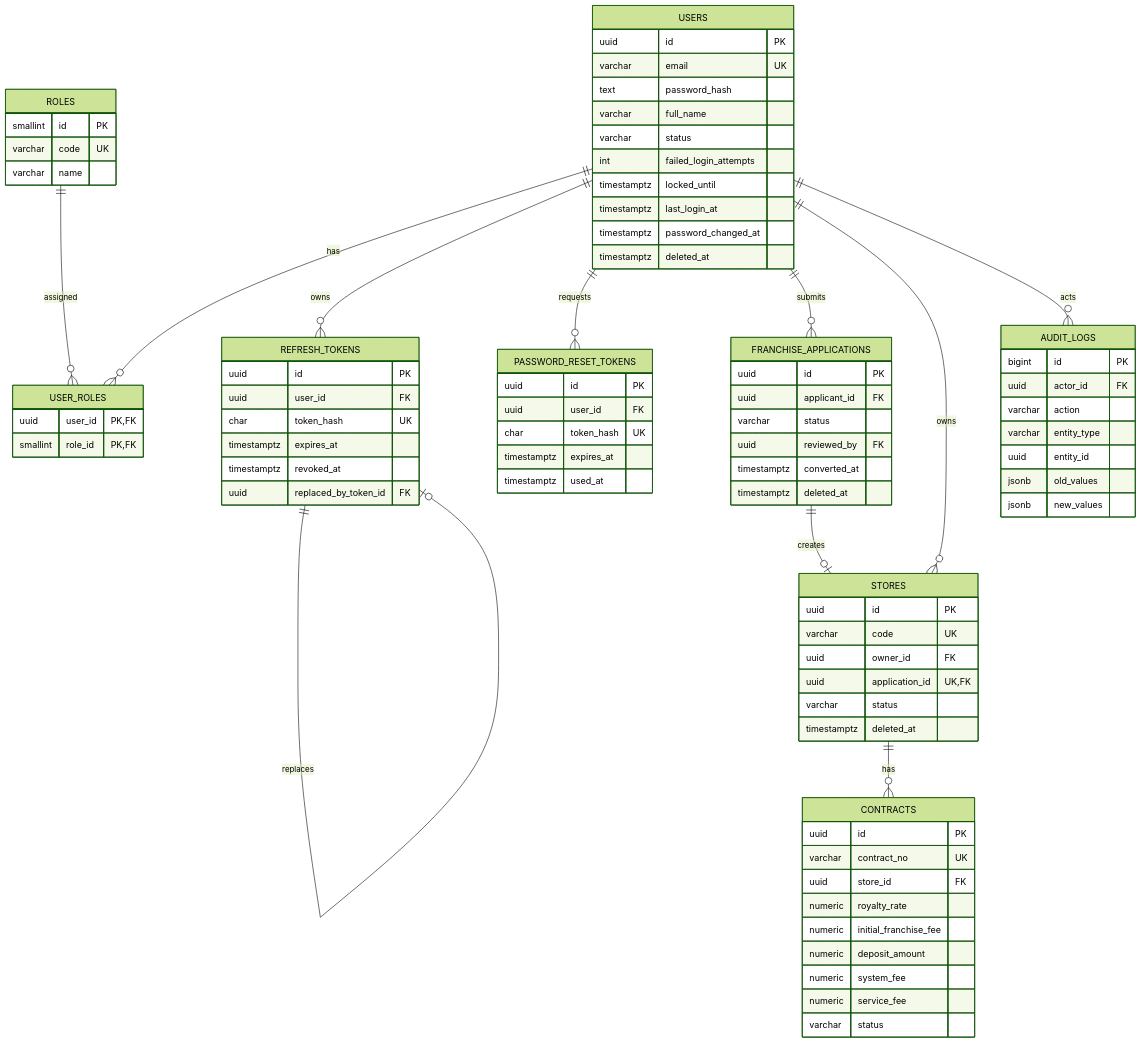
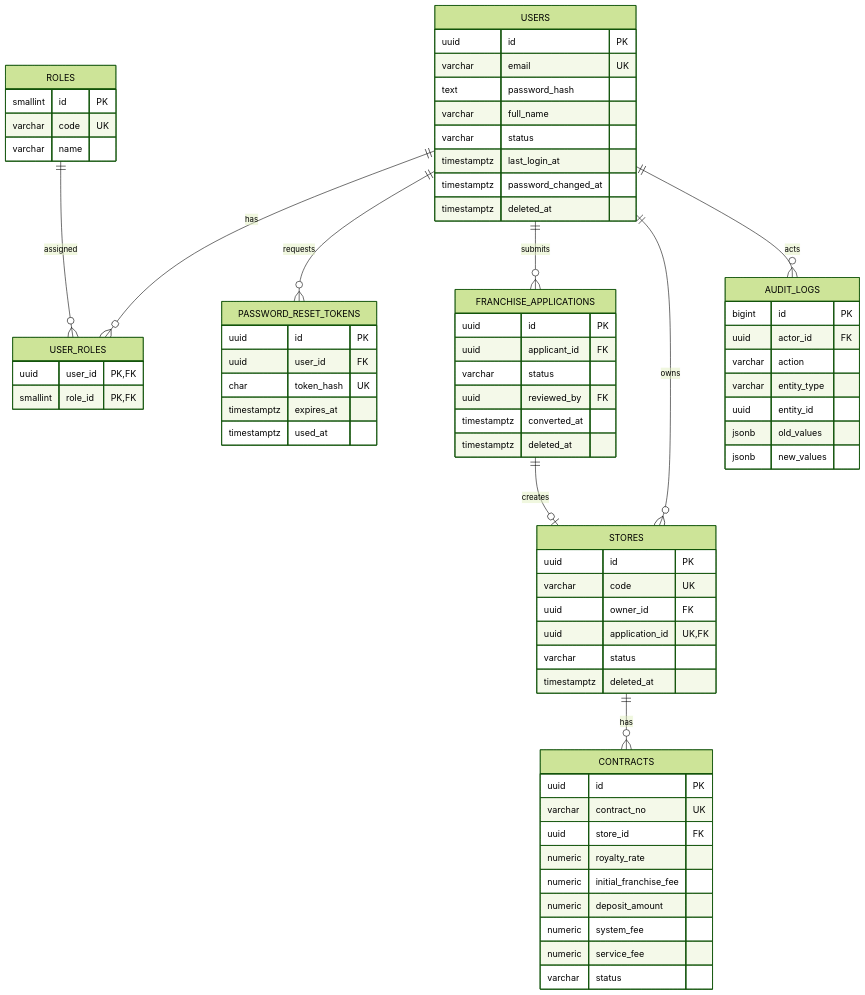
Before and after one commit to DoVanLinh12/Franchise: the first of 2 diagrams in docs/ERD.md, drawn with Mermaid (forest theme). The commit also changed other lines of this file and 51 other files, not shown here.

````diff
--- a/docs/ERD.md
+++ b/docs/ERD.md
@@ -6,9 +6,7 @@
 ```mermaid
 erDiagram
     USERS ||--o{ USER_ROLES : has
-    USERS ||--o{ REFRESH_TOKENS : owns
     USERS ||--o{ PASSWORD_RESET_TOKENS : requests
-    REFRESH_TOKENS ||--o| REFRESH_TOKENS : replaces
     ROLES ||--o{ USER_ROLES : assigned
     USERS ||--o{ FRANCHISE_APPLICATIONS : submits
     FRANCHISE_APPLICATIONS ||--o| STORES : creates
@@ -22,8 +20,6 @@
         text password_hash
         varchar full_name
         varchar status
-        int failed_login_attempts
-        timestamptz locked_until
         timestamptz last_login_at
         timestamptz password_changed_at
         timestamptz deleted_at
@@ -38,15 +34,6 @@
     USER_ROLES {
         uuid user_id PK,FK
         smallint role_id PK,FK
-    }
-
-    REFRESH_TOKENS {
-        uuid id PK
-        uuid user_id FK
-        char token_hash UK
-        timestamptz expires_at
-        timestamptz revoked_at
-        uuid replaced_by_token_id FK
     }
 
     PASSWORD_RESET_TOKENS {
````
